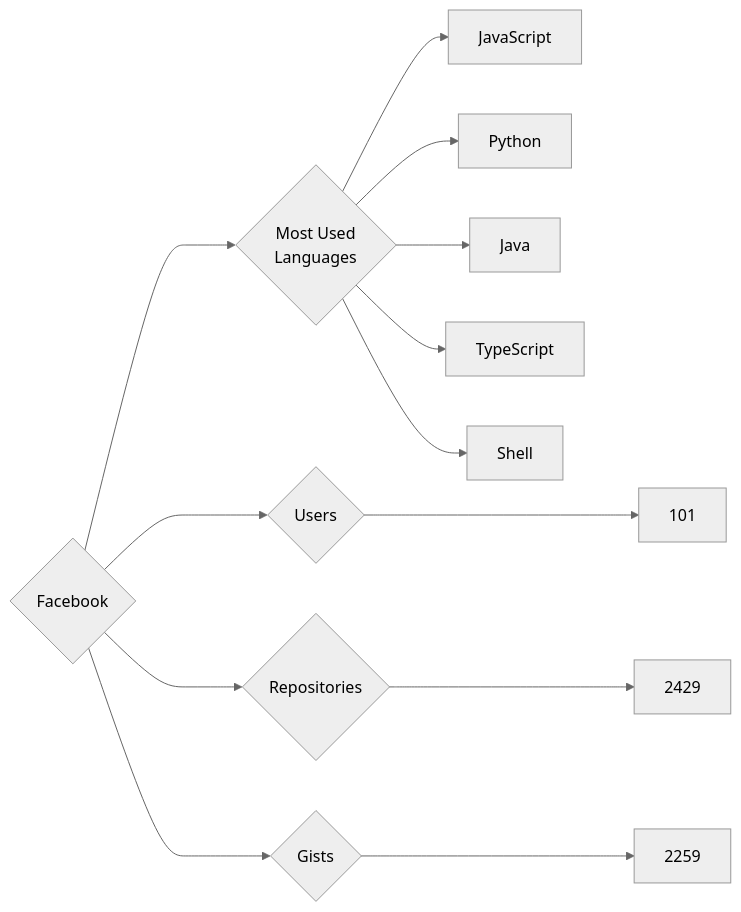
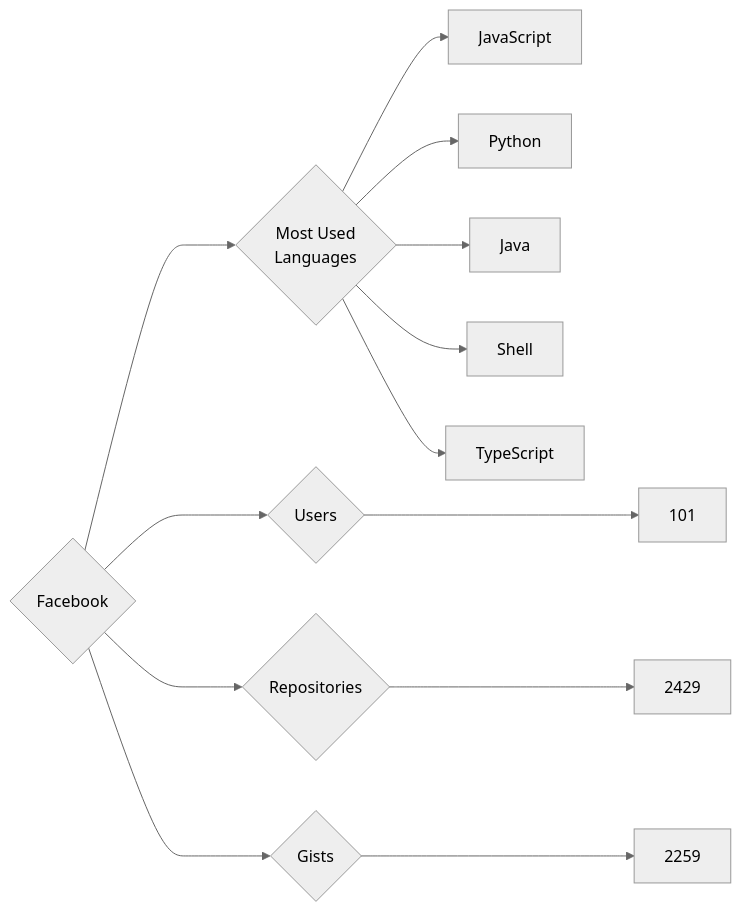
The diagram in targets/Facebook/README.md (trickest/insiders), drawn with Mermaid (neutral theme) before and after one commit. The commit also changed other lines of this file and 748 other files, not shown here.

````diff
--- a/targets/Facebook/README.md
+++ b/targets/Facebook/README.md
@@ -3,13 +3,13 @@
 ```mermaid
 graph LR
 COMPANY_NAME{Facebook}
 COMPANY_NAME ---> U{Users} ---> UN[101]
 COMPANY_NAME ---> R{Repositories} ---> RN[2429]
 COMPANY_NAME ---> G{Gists} ---> GN[2259]
 COMPANY_NAME ---> ML{Most Used<br>Languages}
 ML --> JavaScript[JavaScript]
 ML --> Python[Python]
 ML --> Java[Java]
+ML --> Shell[Shell]
 ML --> TypeScript[TypeScript]
-ML --> Shell[Shell]
 ```
````
